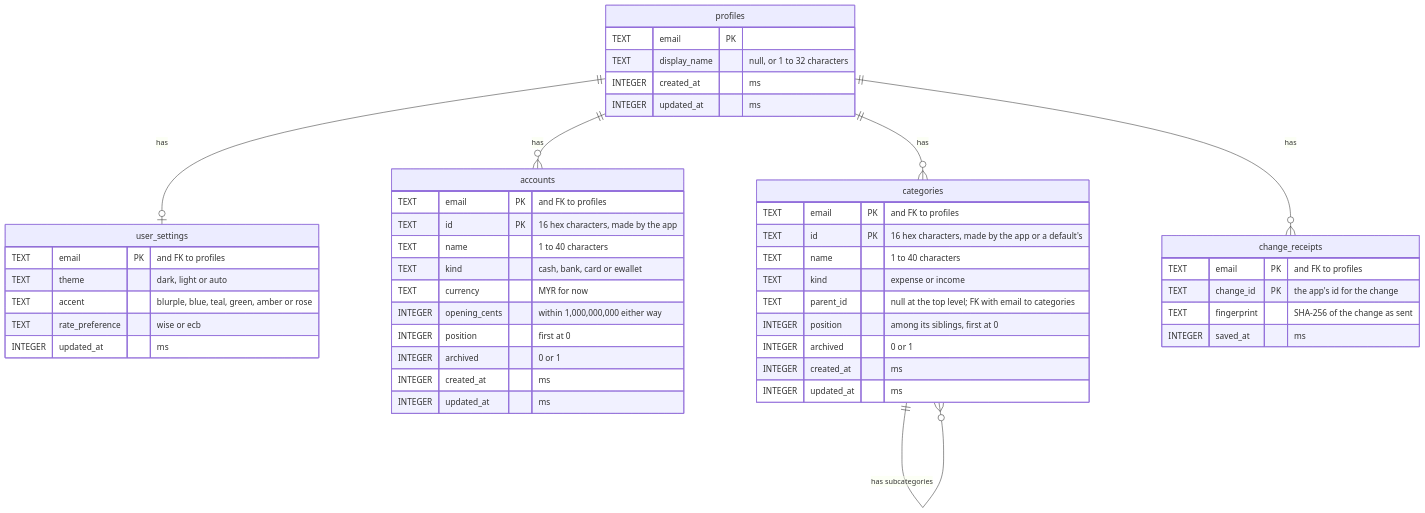
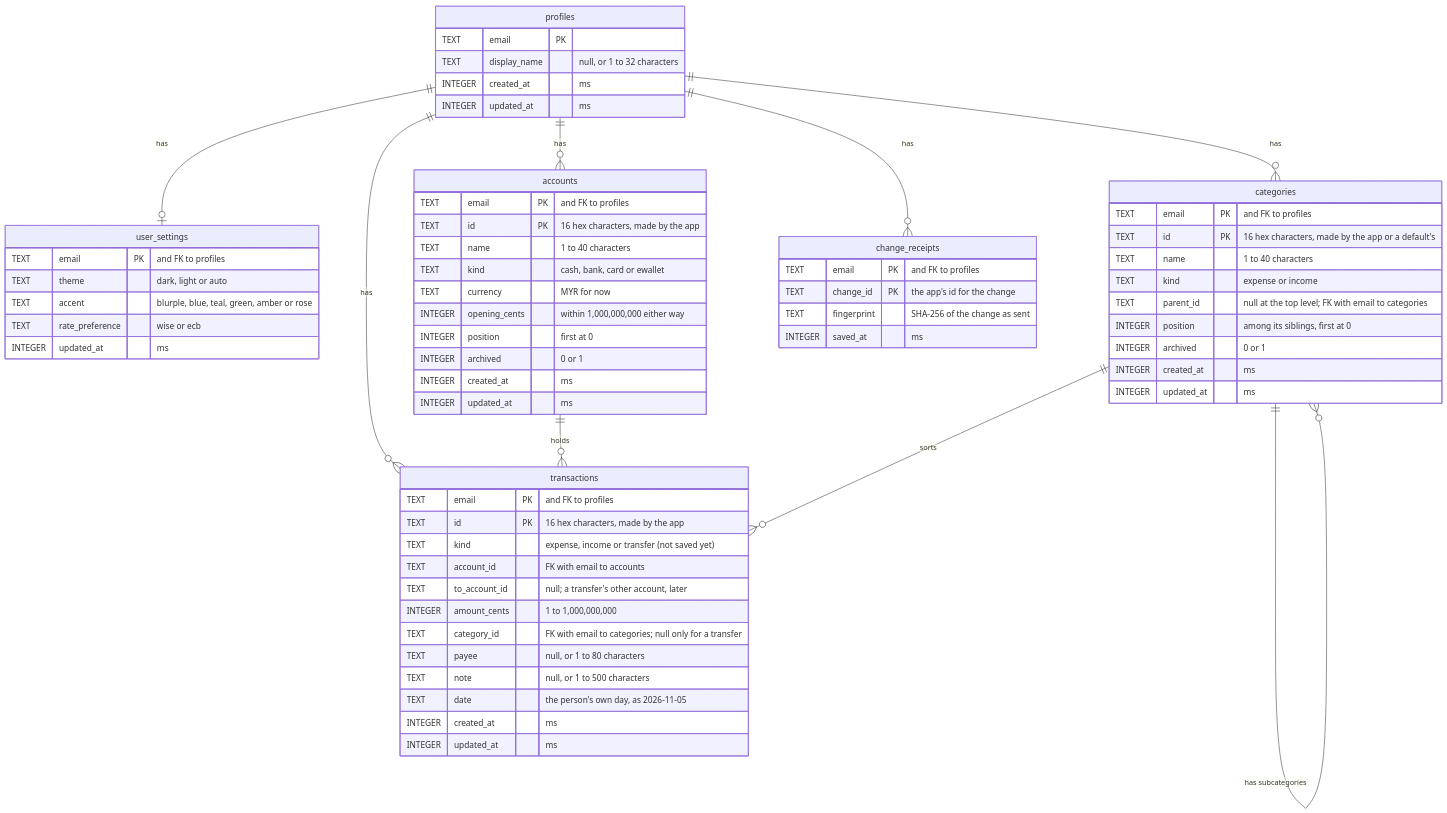
The diagram in docs/erd.md (BlueSky0322/mahnee), drawn with Mermaid before and after one commit. The commit also changed other lines of this file and 34 other files, not shown here.

First line of the commit message:
feat(transactions): log spending and income from a quick entry sheet

````diff
--- a/docs/erd.md
+++ b/docs/erd.md
@@ -7,50 +7,67 @@
 ```mermaid
 erDiagram
   profiles ||--o| user_settings : "has"
   profiles ||--o{ accounts : "has"
   profiles ||--o{ categories : "has"
   categories ||--o{ categories : "has subcategories"
+  profiles ||--o{ transactions : "has"
+  accounts ||--o{ transactions : "holds"
+  categories ||--o{ transactions : "sorts"
   profiles ||--o{ change_receipts : "has"
   profiles {
     TEXT email PK
     TEXT display_name "null, or 1 to 32 characters"
     INTEGER created_at "ms"
     INTEGER updated_at "ms"
   }
   user_settings {
     TEXT email PK "and FK to profiles"
     TEXT theme "dark, light or auto"
     TEXT accent "blurple, blue, teal, green, amber or rose"
     TEXT rate_preference "wise or ecb"
     INTEGER updated_at "ms"
   }
   accounts {
     TEXT email PK "and FK to profiles"
     TEXT id PK "16 hex characters, made by the app"
     TEXT name "1 to 40 characters"
     TEXT kind "cash, bank, card or ewallet"
     TEXT currency "MYR for now"
     INTEGER opening_cents "within 1,000,000,000 either way"
     INTEGER position "first at 0"
     INTEGER archived "0 or 1"
     INTEGER created_at "ms"
     INTEGER updated_at "ms"
   }
   categories {
     TEXT email PK "and FK to profiles"
     TEXT id PK "16 hex characters, made by the app or a default's"
     TEXT name "1 to 40 characters"
     TEXT kind "expense or income"
     TEXT parent_id "null at the top level; FK with email to categories"
     INTEGER position "among its siblings, first at 0"
     INTEGER archived "0 or 1"
     INTEGER created_at "ms"
     INTEGER updated_at "ms"
   }
+  transactions {
+    TEXT email PK "and FK to profiles"
+    TEXT id PK "16 hex characters, made by the app"
+    TEXT kind "expense, income or transfer (not saved yet)"
+    TEXT account_id "FK with email to accounts"
+    TEXT to_account_id "null; a transfer's other account, later"
+    INTEGER amount_cents "1 to 1,000,000,000"
+    TEXT category_id "FK with email to categories; null only for a transfer"
+    TEXT payee "null, or 1 to 80 characters"
+    TEXT note "null, or 1 to 500 characters"
+    TEXT date "the person's own day, as 2026-11-05"
+    INTEGER created_at "ms"
+    INTEGER updated_at "ms"
+  }
   change_receipts {
     TEXT email PK "and FK to profiles"
     TEXT change_id PK "the app's id for the change"
     TEXT fingerprint "SHA-256 of the change as sent"
     INTEGER saved_at "ms"
   }
 ```
````
